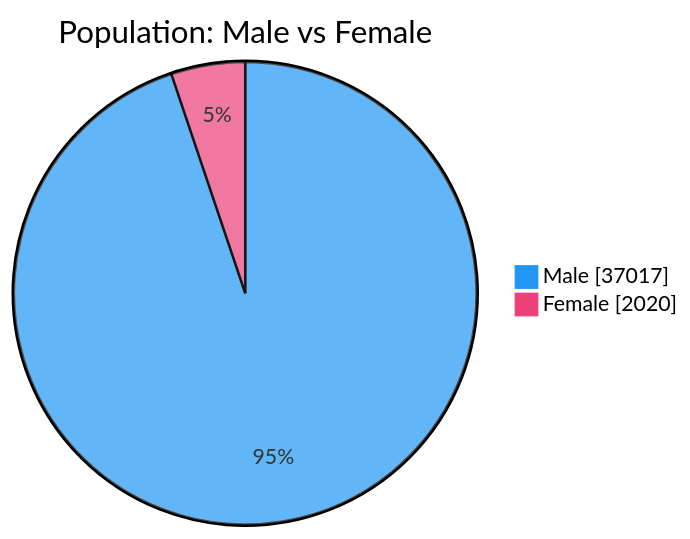
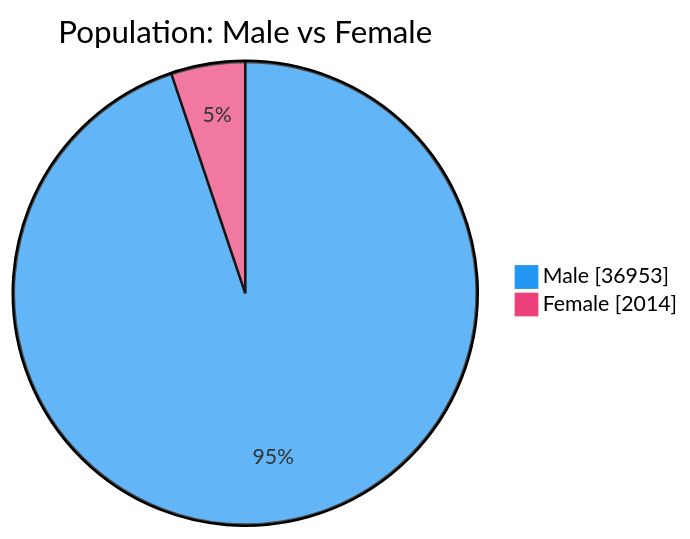
One commit to nuuuwan/lk_prisons changed the second of 7 diagrams in README.md. Above: the diagram before and after it, drawn with Mermaid. The commit also changed other lines of this file and 1 other file, not shown here.

````diff
--- a/README.md
+++ b/README.md
@@ -54,6 +54,6 @@
 ```mermaid
 %%{init: {'themeVariables': {'pie1': '#2196F3', 'pie2': '#EC407A'}}}%%
 pie showData title Population: Male vs Female
-    "Male" : 37017
-    "Female" : 2020
+    "Male" : 36953
+    "Female" : 2014
 ```
````
